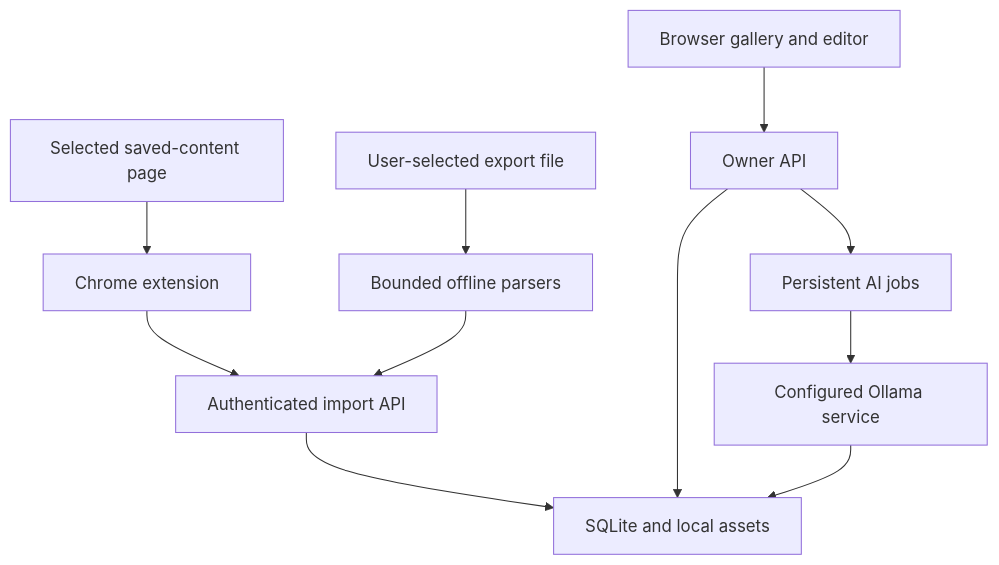
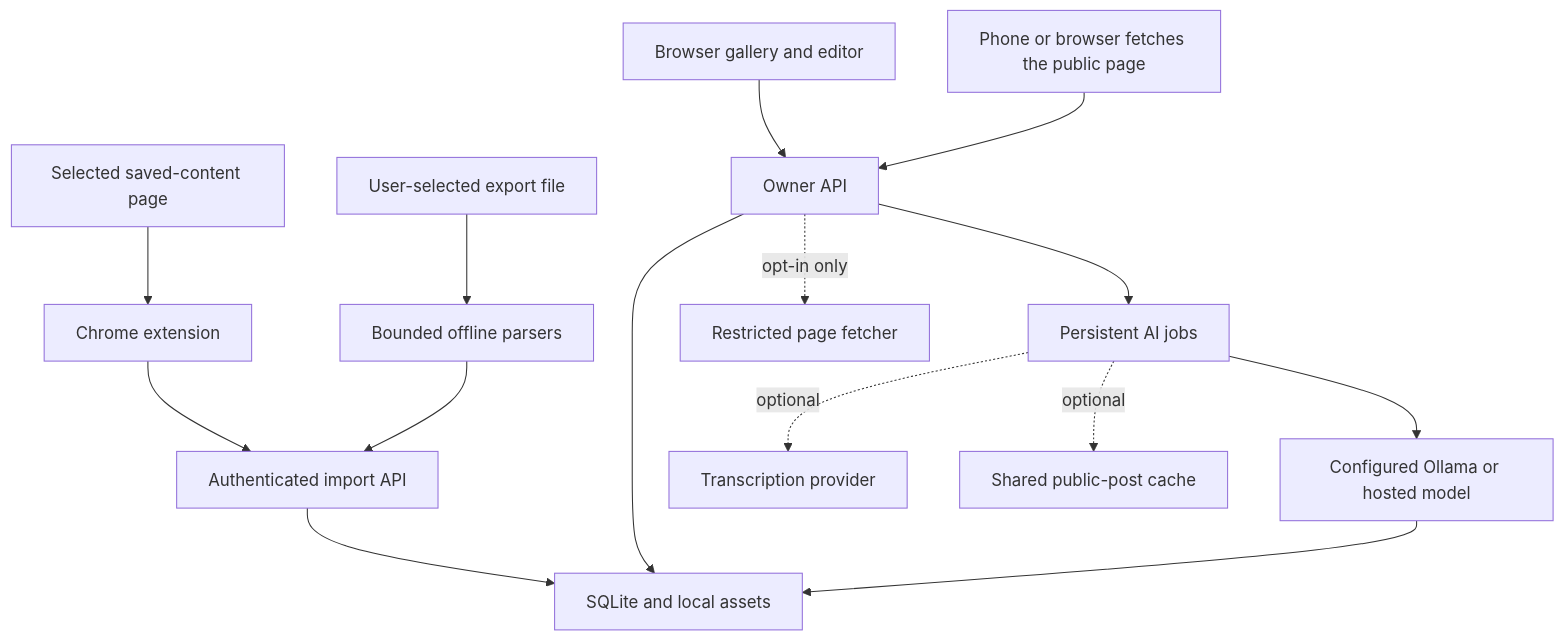
The diagram in docs/architecture.md (abdulmalikaltararwa-oss/little-archive), drawn with Mermaid before and after one commit. The commit also changed other lines of this file and 10 other files, not shown here.

````diff
--- a/docs/architecture.md
+++ b/docs/architecture.md
@@ -5,13 +5,17 @@
 ```mermaid
 flowchart TD
     S["Selected saved-content page"] --> E["Chrome extension"]
     E --> B["Authenticated import API"]
     F["User-selected export file"] --> P["Bounded offline parsers"]
     P --> B
     B --> D["SQLite and local assets"]
     U["Browser gallery and editor"] --> A["Owner API"]
     A --> D
     A --> J["Persistent AI jobs"]
-    J --> M["Configured Ollama service"]
+    J --> M["Configured Ollama or hosted model"]
     M --> D
+    C["Phone or browser fetches the public page"] --> A
+    A -. "opt-in only" .-> W["Restricted page fetcher"]
+    J -. "optional" .-> T["Transcription provider"]
+    J -. "optional" .-> X["Shared public-post cache"]
 ```
````
